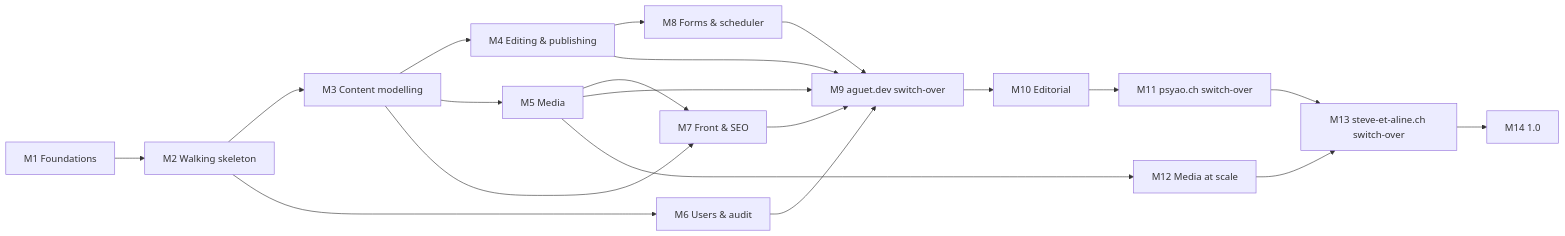
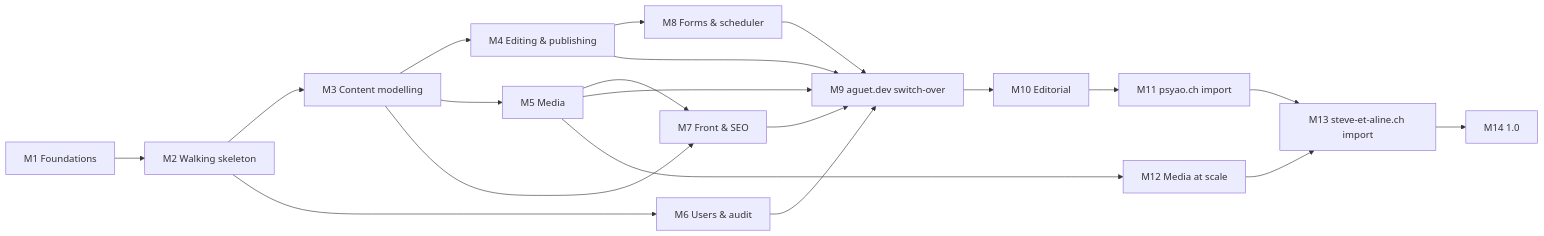
One commit to psyao/kami changed the diagram in docs/roadmap.md. Above: the diagram before and after it, drawn with Mermaid. The commit also changed other lines of this file and 3 other files, not shown here.

First line of the commit message:
docs: move the psyao.ch and steve-et-aline.ch Switch-overs after 1.0, M11 and M13 become imports

````diff
--- a/docs/roadmap.md
+++ b/docs/roadmap.md
@@ -35,22 +35,22 @@
 ```mermaid
 flowchart LR
     M1[M1 Foundations] --> M2[M2 Walking skeleton]
     M2 --> M3[M3 Content modelling]
     M2 --> M6[M6 Users & audit]
     M3 --> M4[M4 Editing & publishing]
     M3 --> M5[M5 Media]
     M3 --> M7[M7 Front & SEO]
     M5 --> M7
     M4 --> M8[M8 Forms & scheduler]
     M4 --> M9[M9 aguet.dev switch-over]
     M5 --> M9
     M6 --> M9
     M7 --> M9
     M8 --> M9
     M9 --> M10[M10 Editorial]
-    M10 --> M11[M11 psyao.ch switch-over]
+    M10 --> M11[M11 psyao.ch import]
     M5 --> M12[M12 Media at scale]
-    M11 --> M13[M13 steve-et-aline.ch switch-over]
+    M11 --> M13[M13 steve-et-aline.ch import]
     M12 --> M13
     M13 --> M14[M14 1.0]
 ```
````
